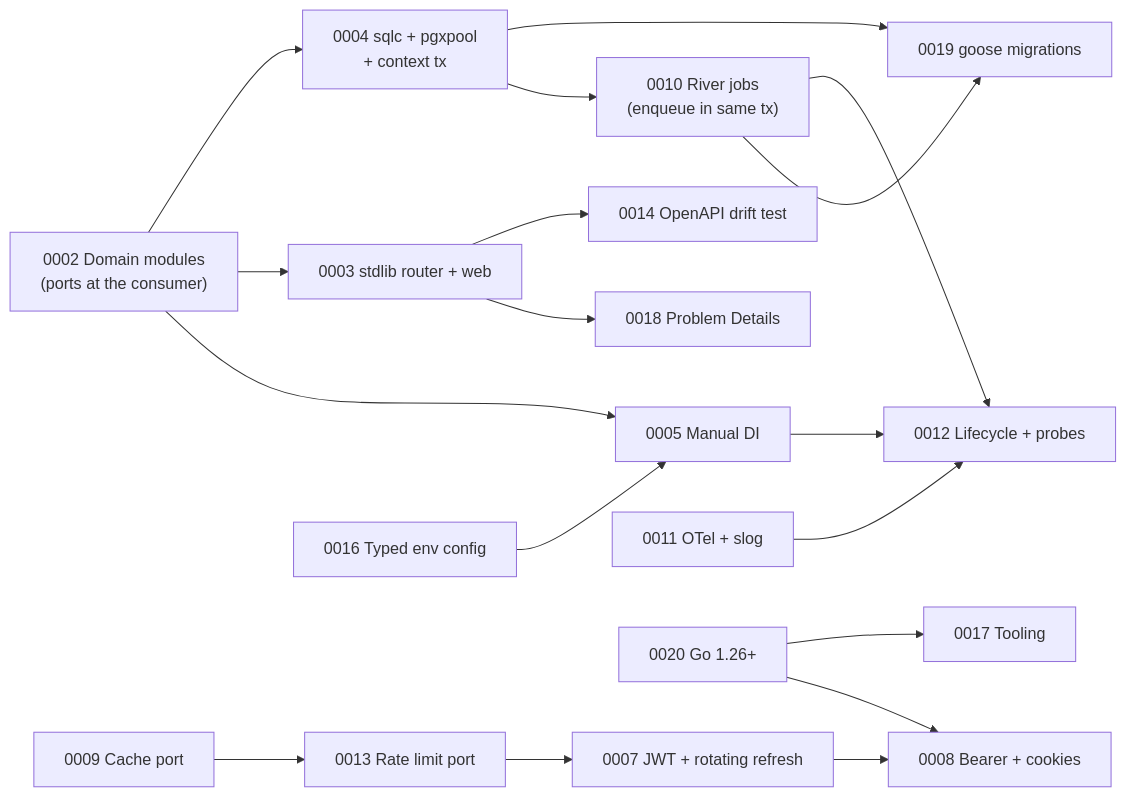
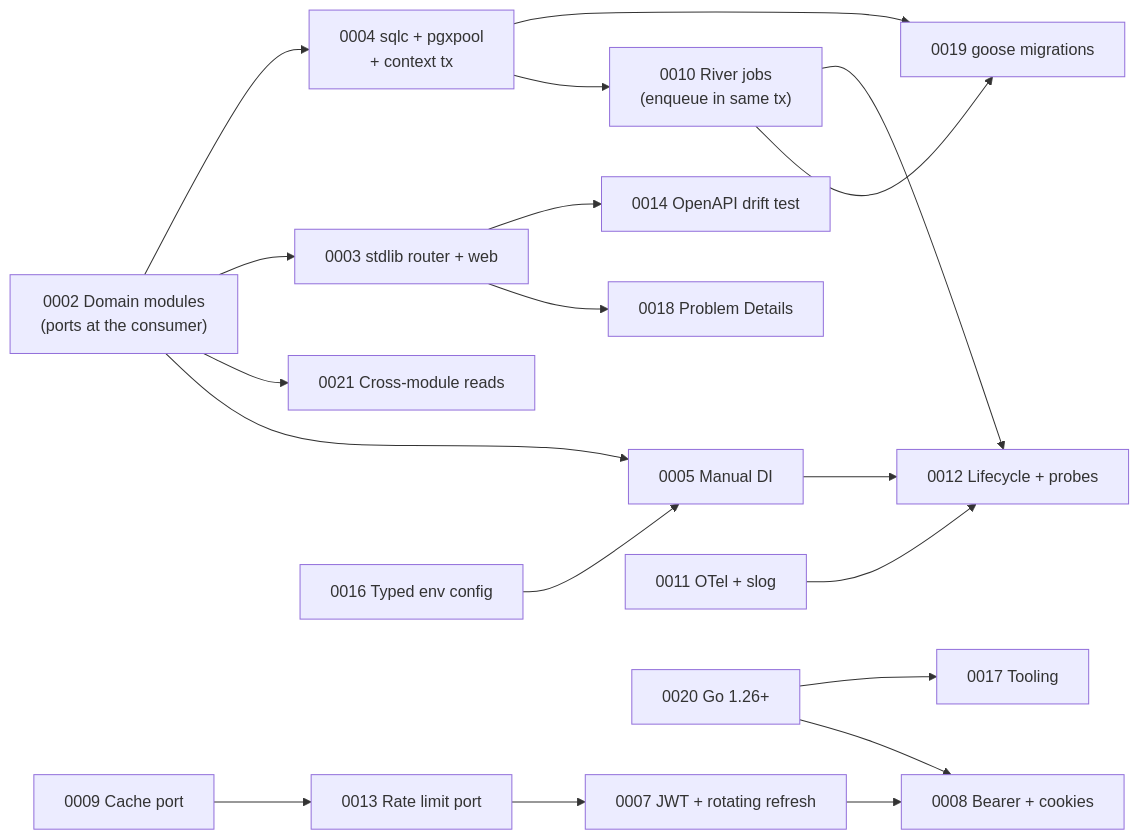
Before and after one commit to islamghany/goplate: the diagram in docs/adr/README.md, drawn with Mermaid. The commit also changed other lines of this file and 4 other files, not shown here.

First line of the commit message:
Document cross-module reads and add ADR-0021

````diff
--- a/docs/adr/README.md
+++ b/docs/adr/README.md
@@ -41,20 +42,21 @@
 ```mermaid
 flowchart LR
     A2["0002 Domain modules<br/>(ports at the consumer)"] --> A5["0005 Manual DI"]
+    A2 --> A21["0021 Cross-module reads"]
     A2 --> A3["0003 stdlib router + web"]
     A2 --> A4["0004 sqlc + pgxpool<br/>+ context tx"]
     A4 --> A10["0010 River jobs<br/>(enqueue in same tx)"]
     A4 --> A19["0019 goose migrations"]
     A10 --> A19
     A3 --> A18["0018 Problem Details"]
     A3 --> A14["0014 OpenAPI drift test"]
     A5 --> A12["0012 Lifecycle + probes"]
     A10 --> A12
     A7["0007 JWT + rotating refresh"] --> A8["0008 Bearer + cookies"]
     A9["0009 Cache port"] --> A13["0013 Rate limit port"]
     A13 --> A7
     A11["0011 OTel + slog"] --> A12
     A16["0016 Typed env config"] --> A5
     A20["0020 Go 1.26+"] --> A8
     A20 --> A17["0017 Tooling"]
 ```
````
